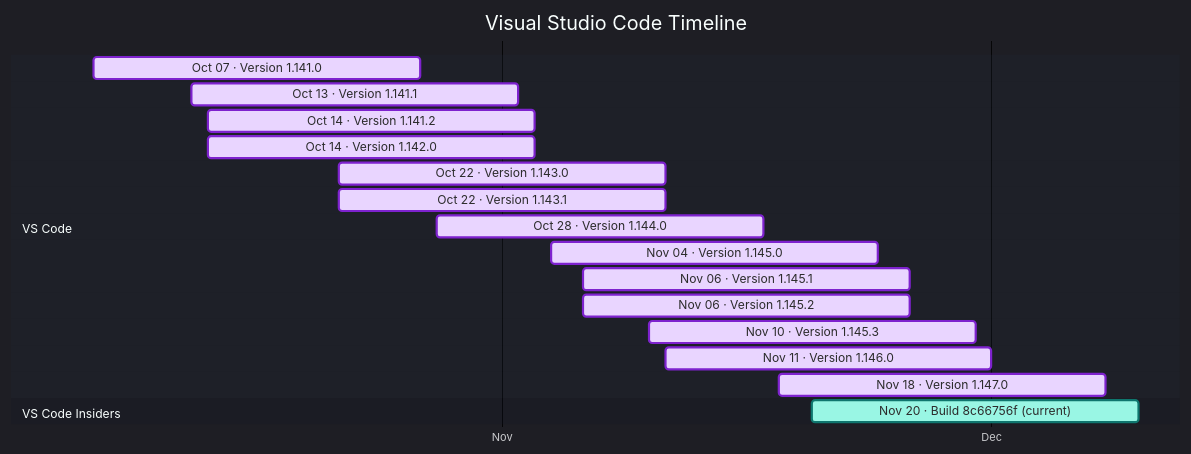
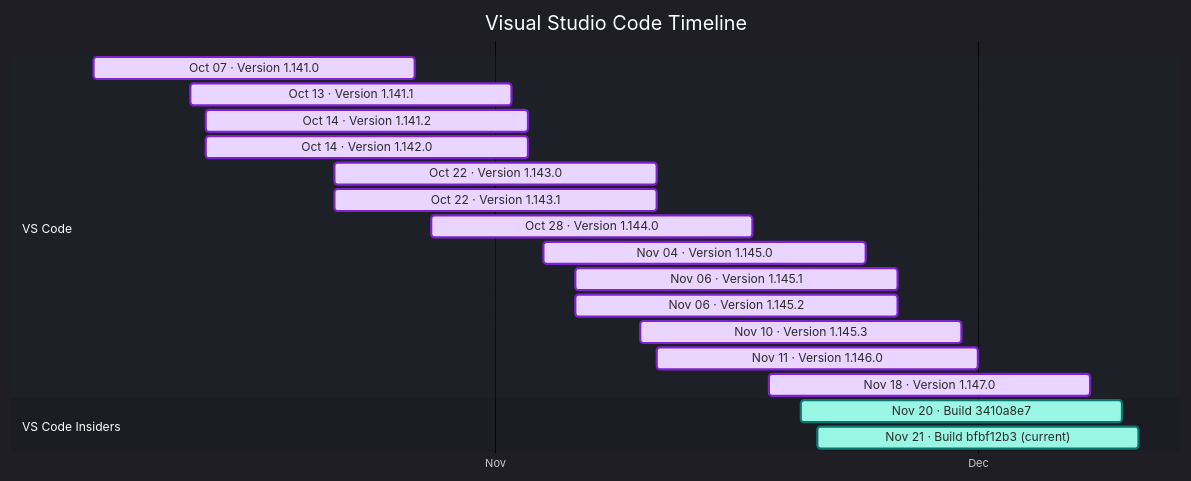
Before and after one commit to Oxelya-DevTools/VisualStudioUpdate: the diagram in docs/vscode.md, drawn with Mermaid. The commit also changed other lines of this file and 1 other file, not shown here.

````diff
--- a/docs/vscode.md
+++ b/docs/vscode.md
@@ -9,24 +9,25 @@
 ```mermaid
 %%{init: {'theme':'dark','themeVariables': { 'fontFamily': 'Segoe UI', 'fontSize': '24px', 'textColor': '#F3F4F6', 'titleTextColor': '#FFFFFF', 'taskTextColor': '#111827', 'taskTextLightColor': '#111827', 'taskTextOutsideColor': '#F3F4F6', 'taskBkgColor': '#BAE6FD', 'taskBorderColor': '#0369A1', 'doneTaskBkgColor': '#E9D5FF', 'doneTaskBorderColor': '#7E22CE', 'activeTaskBkgColor': '#99F6E4', 'activeTaskBorderColor': '#0F766E', 'critTaskBkgColor': '#FED7AA', 'critTaskBorderColor': '#C2410C', 'sectionBkgColor': '#1F2937', 'altSectionBkgColor': '#111827', 'gridColor': '#4B5563', 'todayLineColor': '#F87171' }}}%%
 gantt
     title Visual Studio Code Timeline
     dateFormat  YYYY-MM-DD
     axisFormat  %b
     tickInterval 1month
     section VS Code
     Oct 07 · Version 1.141.0 : done, vscode202610070, 2026-10-07, 20d
     Oct 13 · Version 1.141.1 : done, vscode202610131, 2026-10-13, 20d
     Oct 14 · Version 1.141.2 : done, vscode202610142, 2026-10-14, 20d
     Oct 14 · Version 1.142.0 : done, vscode202610143, 2026-10-14, 20d
     Oct 22 · Version 1.143.0 : done, vscode202610224, 2026-10-22, 20d
     Oct 22 · Version 1.143.1 : done, vscode202610225, 2026-10-22, 20d
     Oct 28 · Version 1.144.0 : done, vscode202610286, 2026-10-28, 20d
     Nov 04 · Version 1.145.0 : done, vscode202611047, 2026-11-04, 20d
     Nov 06 · Version 1.145.1 : done, vscode202611068, 2026-11-06, 20d
     Nov 06 · Version 1.145.2 : done, vscode202611069, 2026-11-06, 20d
     Nov 10 · Version 1.145.3 : done, vscode2026111010, 2026-11-10, 20d
     Nov 11 · Version 1.146.0 : done, vscode2026111111, 2026-11-11, 20d
     Nov 18 · Version 1.147.0 : done, vscode2026111812, 2026-11-18, 20d
     section VS Code Insiders
-    Nov 20 · Build 8c66756f (current) : active, vscodeinsiders202611200, 2026-11-20, 20d
+    Nov 20 · Build 3410a8e7 : active, vscodeinsiders202611200, 2026-11-20, 20d
+    Nov 21 · Build bfbf12b3 (current) : active, vscodeinsiders202611211, 2026-11-21, 20d
 ```
````
